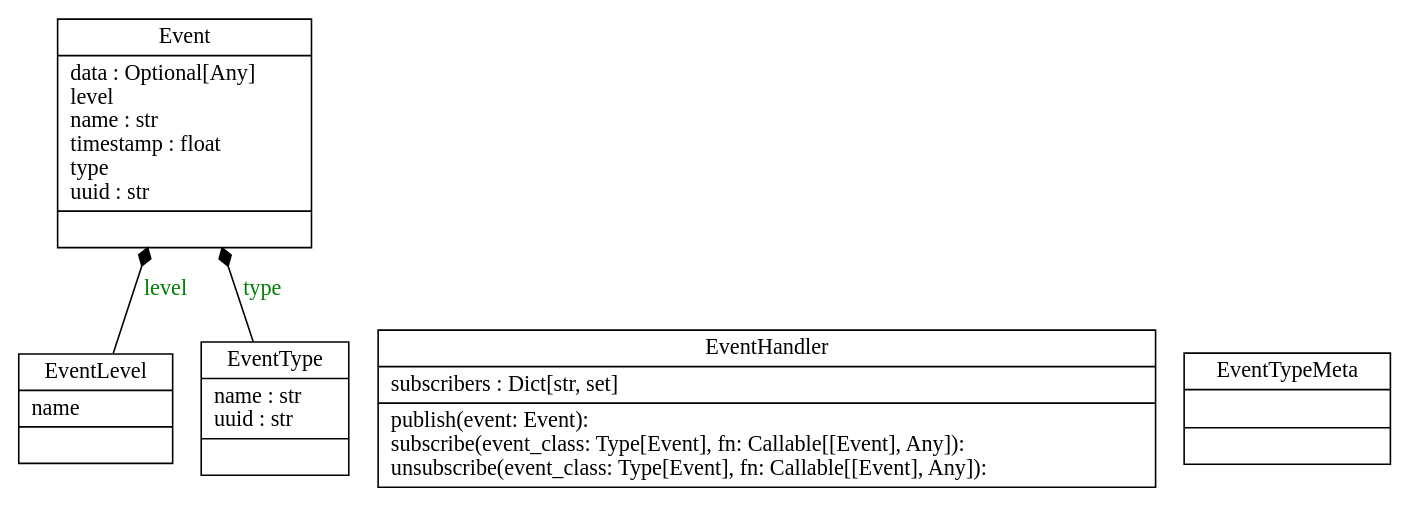
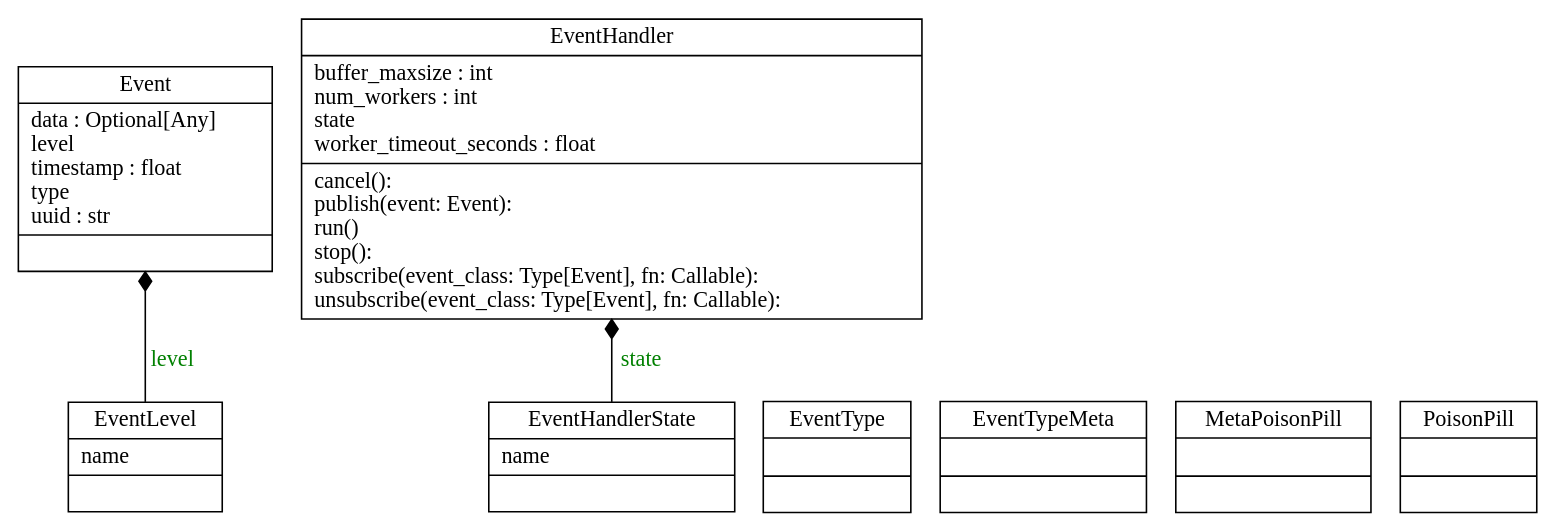
Before and after one commit to bonastreyair/iot-firmware: the diagram in docs/graphs/classes_event.dot, drawn with Graphviz. The commit also changed 5 other files, not shown here.

```diff
--- a/docs/graphs/classes_event.dot
+++ b/docs/graphs/classes_event.dot
@@ -1,11 +1,14 @@
 digraph "classes_event" {
 rankdir=BT
 charset="utf-8"
-"iot_firmware.event.schema.Event" [color="black", fontcolor="black", label="{Event|data : Optional[Any]\llevel\lname : str\ltimestamp : float\ltype\luuid : str\l|}", shape="record", style="solid"];
-"iot_firmware.event.handler.EventHandler" [color="black", fontcolor="black", label="{EventHandler|subscribers : Dict[str, set]\l|publish(event: Event): \lsubscribe(event_class: Type[Event], fn: Callable[[Event], Any]): \lunsubscribe(event_class: Type[Event], fn: Callable[[Event], Any]): \l}", shape="record", style="solid"];
+"iot_firmware.event.schema.Event" [color="black", fontcolor="black", label="{Event|data : Optional[Any]\llevel\ltimestamp : float\ltype\luuid : str\l|}", shape="record", style="solid"];
+"iot_firmware.event.handler.EventHandler" [color="black", fontcolor="black", label="{EventHandler|buffer_maxsize : int\lnum_workers : int\lstate\lworker_timeout_seconds : float\l|cancel(): \lpublish(event: Event): \lrun()\lstop(): \lsubscribe(event_class: Type[Event], fn: Callable): \lunsubscribe(event_class: Type[Event], fn: Callable): \l}", shape="record", style="solid"];
+"iot_firmware.event.handler.EventHandlerState" [color="black", fontcolor="black", label="{EventHandlerState|name\l|}", shape="record", style="solid"];
 "iot_firmware.event.enum.EventLevel" [color="black", fontcolor="black", label="{EventLevel|name\l|}", shape="record", style="solid"];
-"iot_firmware.event.schema.EventType" [color="black", fontcolor="black", label="{EventType|name : str\luuid : str\l|}", shape="record", style="solid"];
+"iot_firmware.event.schema.EventType" [color="black", fontcolor="black", label="{EventType|\l|}", shape="record", style="solid"];
 "iot_firmware.event.schema.EventTypeMeta" [color="black", fontcolor="black", label="{EventTypeMeta|\l|}", shape="record", style="solid"];
+"iot_firmware.event.handler.MetaPoisonPill" [color="black", fontcolor="black", label="{MetaPoisonPill|\l|}", shape="record", style="solid"];
+"iot_firmware.event.handler.PoisonPill" [color="black", fontcolor="black", label="{PoisonPill|\l|}", shape="record", style="solid"];
 "iot_firmware.event.enum.EventLevel" -> "iot_firmware.event.schema.Event" [arrowhead="diamond", arrowtail="none", fontcolor="green", label="level", style="solid"];
-"iot_firmware.event.schema.EventType" -> "iot_firmware.event.schema.Event" [arrowhead="diamond", arrowtail="none", fontcolor="green", label="type", style="solid"];
+"iot_firmware.event.handler.EventHandlerState" -> "iot_firmware.event.handler.EventHandler" [arrowhead="diamond", arrowtail="none", fontcolor="green", label="state", style="solid"];
 }
```
